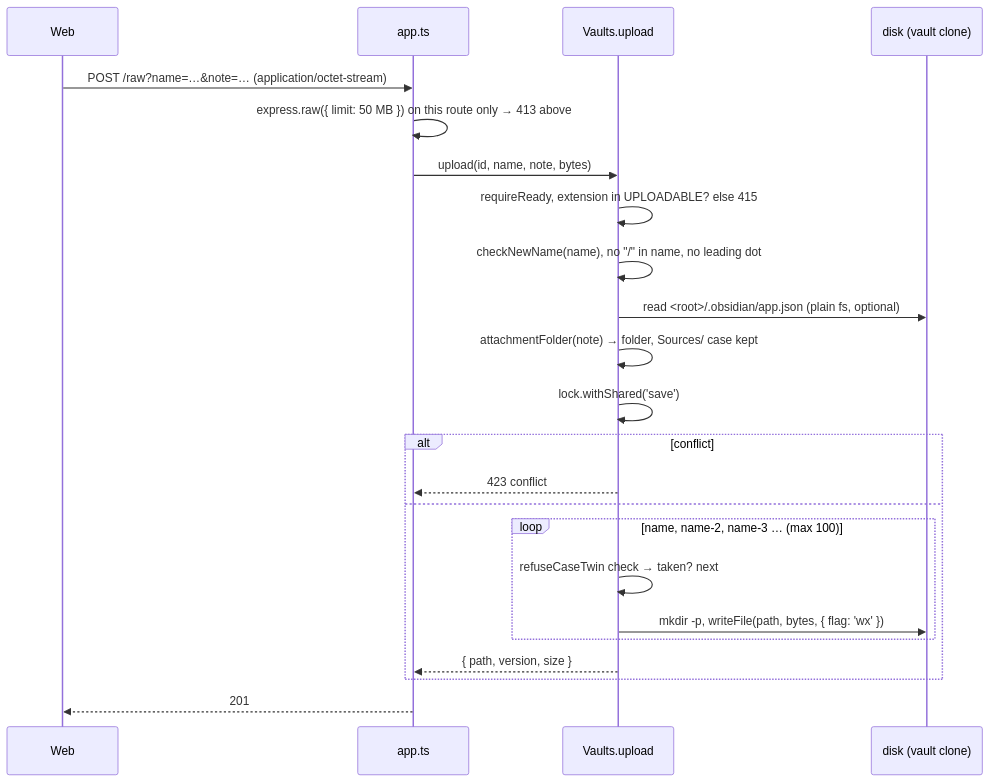
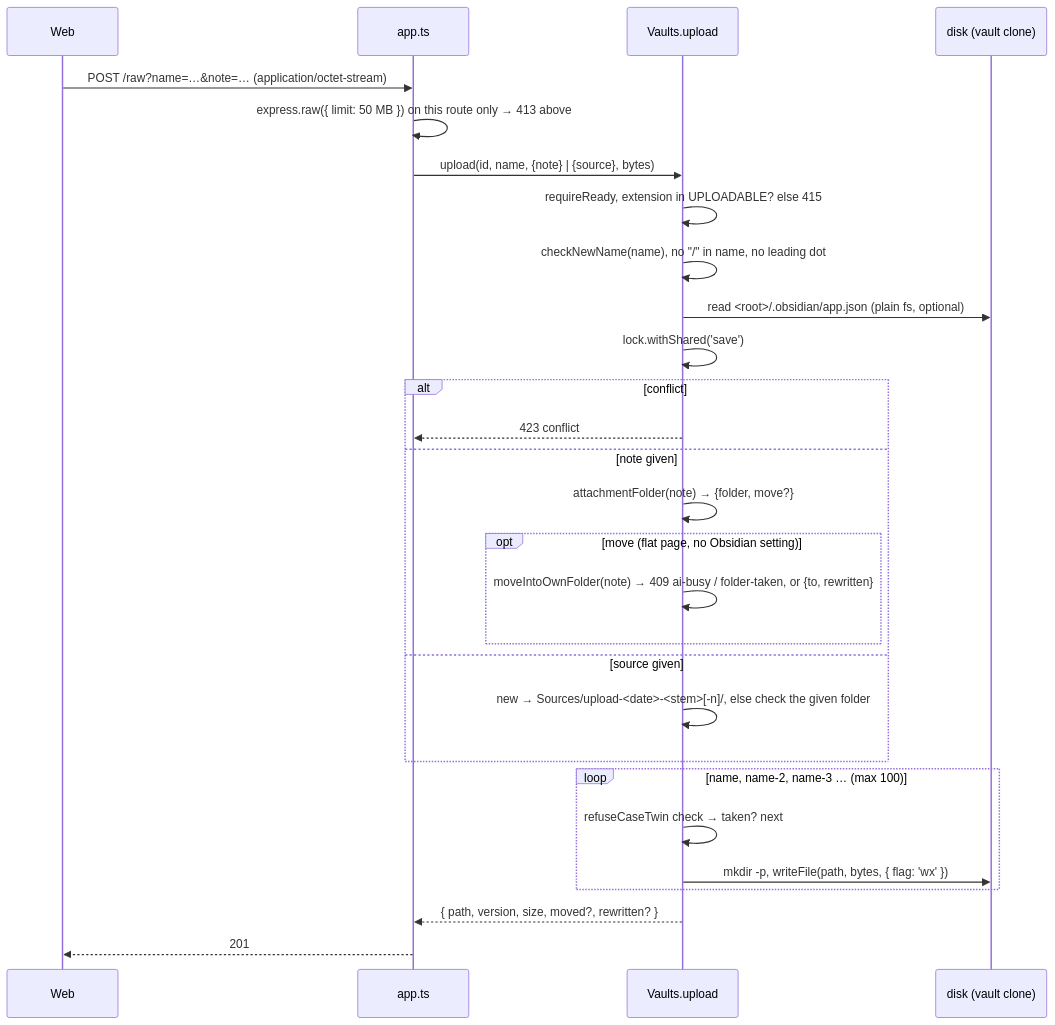
One commit to tillg/karpathy.app changed the second of 3 diagrams in specs/changes/attachments/architecture.md. Above: the diagram before and after it, drawn with Mermaid. The commit also changed other lines of this file and 3 other files, not shown here.

First line of the commit message:
spec(attachments): own-folder rule, page move, drag and drop

````diff
--- a/specs/changes/attachments/architecture.md
+++ b/specs/changes/attachments/architecture.md
@@ -78,25 +88,30 @@
 ```mermaid
 sequenceDiagram
     participant W as Web
     participant A as app.ts
     participant V as Vaults.upload
     participant F as disk (vault clone)
     W->>A: POST /raw?name=…&note=… (application/octet-stream)
     A->>A: express.raw({ limit: 50 MB }) on this route only → 413 above
-    A->>V: upload(id, name, note, bytes)
+    A->>V: upload(id, name, {note} | {source}, bytes)
     V->>V: requireReady, extension in UPLOADABLE? else 415
     V->>V: checkNewName(name), no "/" in name, no leading dot
     V->>F: read <root>/.obsidian/app.json (plain fs, optional)
-    V->>V: attachmentFolder(note) → folder, Sources/ case kept
     V->>V: lock.withShared('save')
     alt conflict
       V-->>A: 423 conflict
-    else
-      loop name, name-2, name-3 … (max 100)
-        V->>V: refuseCaseTwin check → taken? next
-        V->>F: mkdir -p, writeFile(path, bytes, { flag: 'wx' })
+    else note given
+      V->>V: attachmentFolder(note) → {folder, move?}
+      opt move (flat page, no Obsidian setting)
+        V->>V: moveIntoOwnFolder(note) → 409 ai-busy / folder-taken, or {to, rewritten}
       end
-      V-->>A: { path, version, size }
+    else source given
+      V->>V: new → Sources/upload-<date>-<stem>[-n]/, else check the given folder
     end
+    loop name, name-2, name-3 … (max 100)
+      V->>V: refuseCaseTwin check → taken? next
+      V->>F: mkdir -p, writeFile(path, bytes, { flag: 'wx' })
+    end
+    V-->>A: { path, version, size, moved?, rewritten? }
     A-->>W: 201
 ```
````
